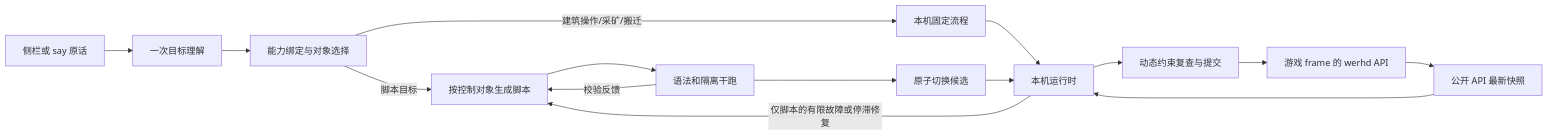
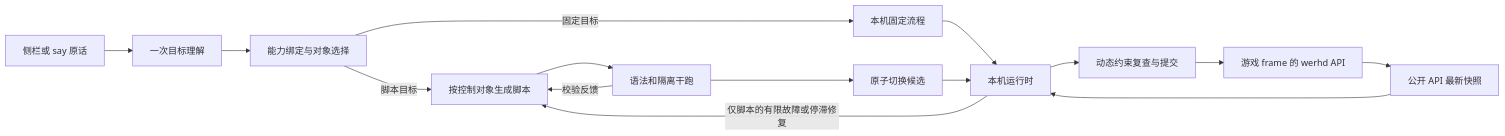
One commit to nanwangjkl/ra2commander changed the diagram in doc/architecture/overview.md. Above: the diagram before and after it, drawn with Mermaid. The commit also changed other lines of this file and 42 other files, not shown here.

````diff
--- a/doc/architecture/overview.md
+++ b/doc/architecture/overview.md
@@ -19,17 +19,17 @@
 ```mermaid
 flowchart LR
     A[侧栏或 say 原话] --> B[一次目标理解]
     B --> C[能力绑定与对象选择]
     C -->|脚本目标| D[按控制对象生成脚本]
-    C -->|建筑操作/采矿/搬迁| N[本机固定流程]
+    C -->|固定目标| N[本机固定流程]
     N --> G
     D --> E[语法和隔离干跑]
     E --> F[原子切换候选]
     F --> G[本机运行时]
     H[公开 API 最新快照] --> G
     G --> I[动态约束复查与提交]
     I --> J[游戏 frame 的 werhd API]
     J --> H
     E -->|校验反馈| D
     G -->|仅脚本的有限故障或停滞修复| D
 ```
````
